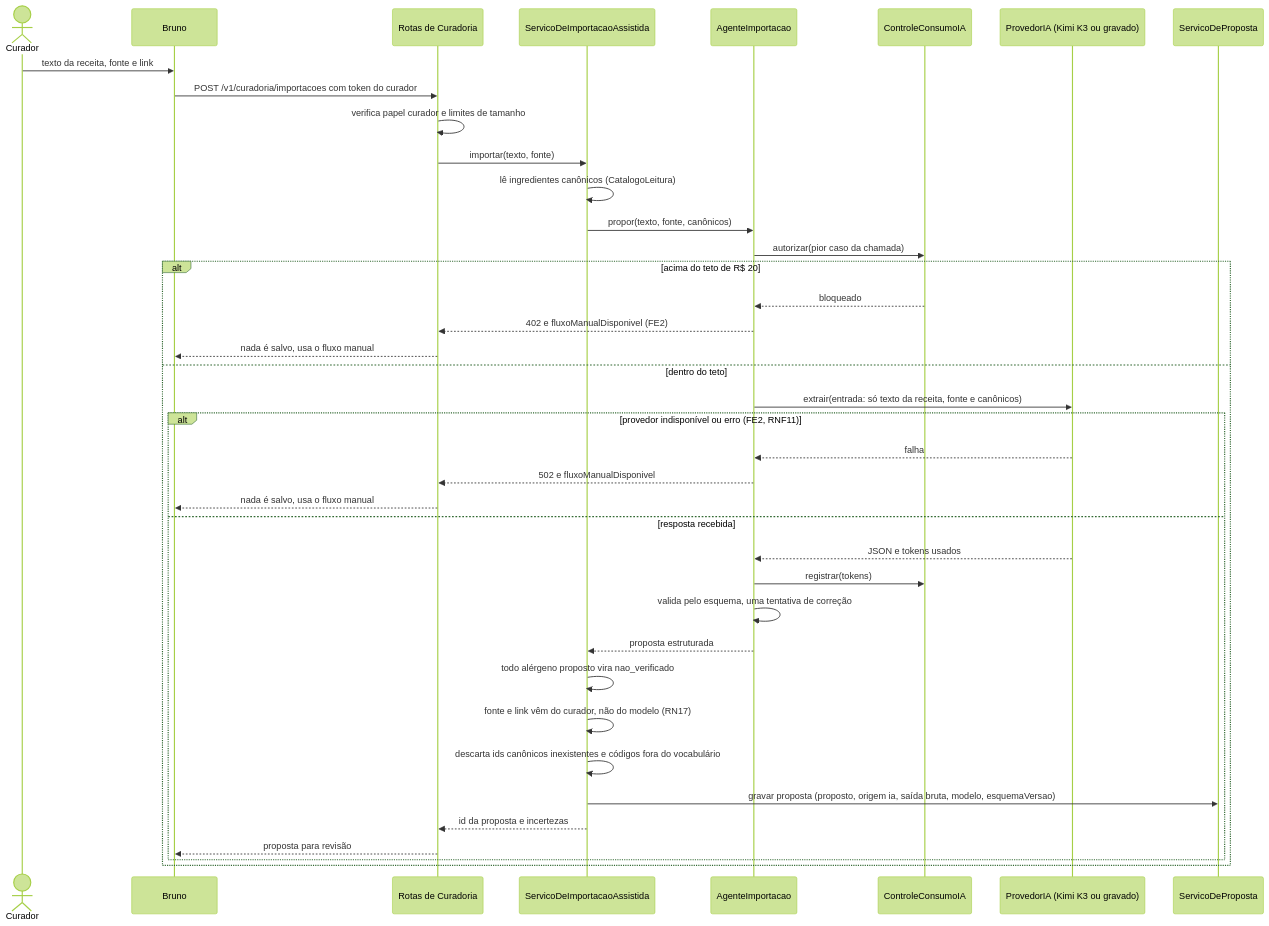
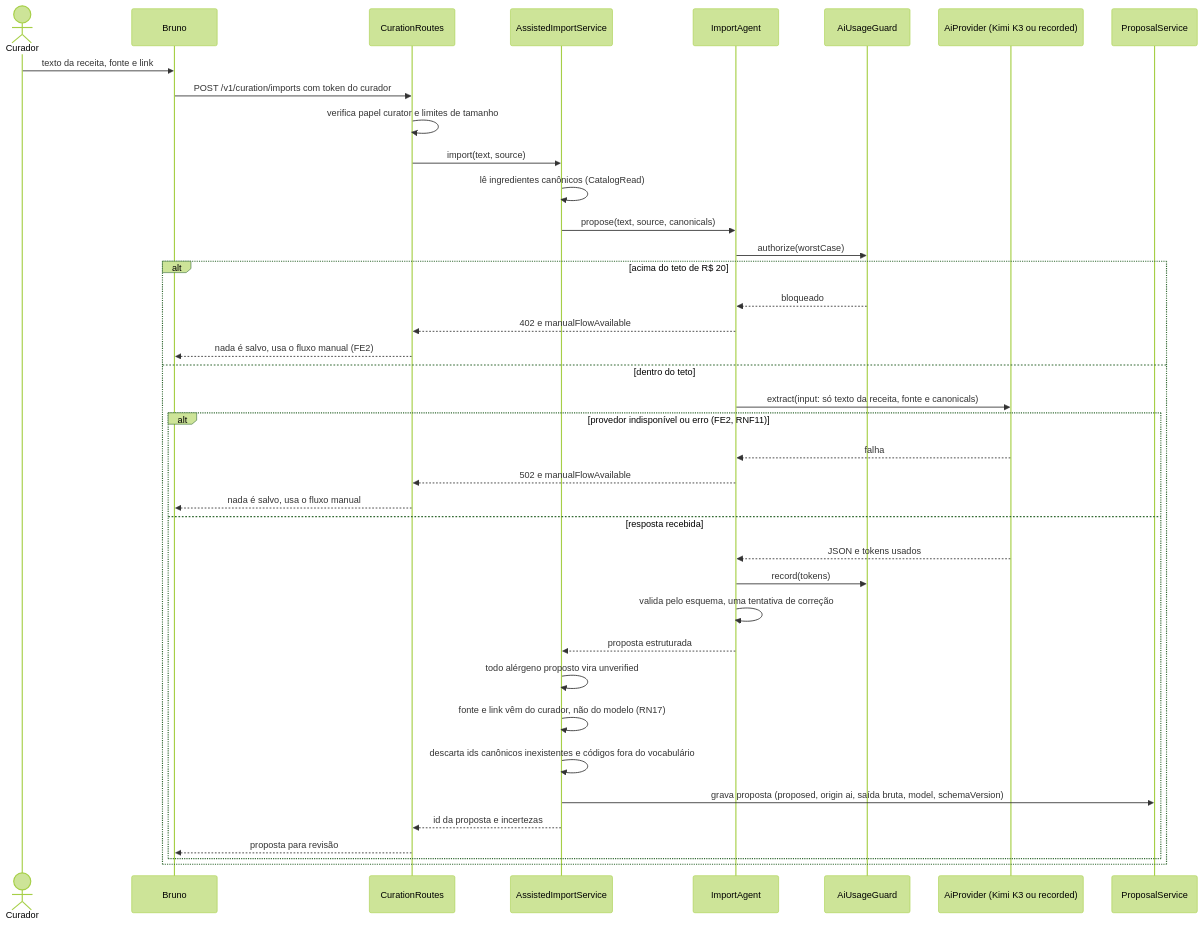
One commit to AnnyFilgueiras/projeto_tsi changed the first of 2 diagrams in docs/fase2/2.6-diagramas_fluxos_contratos/sequencia-uc12.md. Above: the diagram before and after it, drawn with Mermaid (forest theme). The commit also changed other lines of this file and 4 other files, not shown here.

Commit message:
docs: update class diagram and sequences to v1.1 (English identifiers, Tx)

````diff
--- a/docs/fase2/2.6-diagramas_fluxos_contratos/sequencia-uc12.md
+++ b/docs/fase2/2.6-diagramas_fluxos_contratos/sequencia-uc12.md
@@ -10,42 +11,42 @@
 ```mermaid
 sequenceDiagram
   actor C as Curador
   participant BR as Bruno
-  participant RC as Rotas de Curadoria
-  participant IA as ServicoDeImportacaoAssistida
-  participant AG as AgenteImportacao
-  participant CI as ControleConsumoIA
-  participant PI as ProvedorIA (Kimi K3 ou gravado)
-  participant SP as ServicoDeProposta
+  participant RC as CurationRoutes
+  participant IA as AssistedImportService
+  participant AG as ImportAgent
+  participant CI as AiUsageGuard
+  participant PI as AiProvider (Kimi K3 ou recorded)
+  participant SP as ProposalService
 
   C->>BR: texto da receita, fonte e link
-  BR->>RC: POST /v1/curadoria/importacoes com token do curador
-  RC->>RC: verifica papel curador e limites de tamanho
-  RC->>IA: importar(texto, fonte)
-  IA->>IA: lê ingredientes canônicos (CatalogoLeitura)
-  IA->>AG: propor(texto, fonte, canônicos)
-  AG->>CI: autorizar(pior caso da chamada)
+  BR->>RC: POST /v1/curation/imports com token do curador
+  RC->>RC: verifica papel curator e limites de tamanho
+  RC->>IA: import(text, source)
+  IA->>IA: lê ingredientes canônicos (CatalogRead)
+  IA->>AG: propose(text, source, canonicals)
+  AG->>CI: authorize(worstCase)
   alt acima do teto de R$ 20
     CI-->>AG: bloqueado
-    AG-->>RC: 402 e fluxoManualDisponivel (FE2)
-    RC-->>BR: nada é salvo, usa o fluxo manual
+    AG-->>RC: 402 e manualFlowAvailable
+    RC-->>BR: nada é salvo, usa o fluxo manual (FE2)
   else dentro do teto
-    AG->>PI: extrair(entrada: só texto da receita, fonte e canônicos)
+    AG->>PI: extract(input: só texto da receita, fonte e canonicals)
     alt provedor indisponível ou erro (FE2, RNF11)
       PI-->>AG: falha
-      AG-->>RC: 502 e fluxoManualDisponivel
+      AG-->>RC: 502 e manualFlowAvailable
       RC-->>BR: nada é salvo, usa o fluxo manual
     else resposta recebida
       PI-->>AG: JSON e tokens usados
-      AG->>CI: registrar(tokens)
+      AG->>CI: record(tokens)
       AG->>AG: valida pelo esquema, uma tentativa de correção
       AG-->>IA: proposta estruturada
-      IA->>IA: todo alérgeno proposto vira nao_verificado
+      IA->>IA: todo alérgeno proposto vira unverified
       IA->>IA: fonte e link vêm do curador, não do modelo (RN17)
       IA->>IA: descarta ids canônicos inexistentes e códigos fora do vocabulário
-      IA->>SP: gravar proposta (proposto, origem ia, saída bruta, modelo, esquemaVersao)
+      IA->>SP: grava proposta (proposed, origin ai, saída bruta, model, schemaVersion)
       IA-->>RC: id da proposta e incertezas
       RC-->>BR: proposta para revisão
     end
   end
 ```
````
